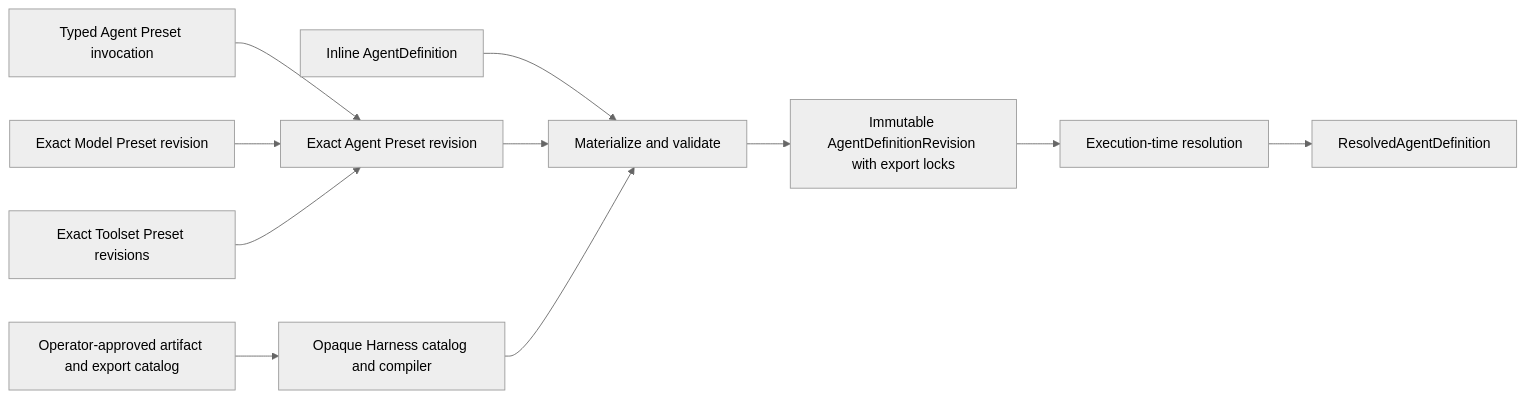
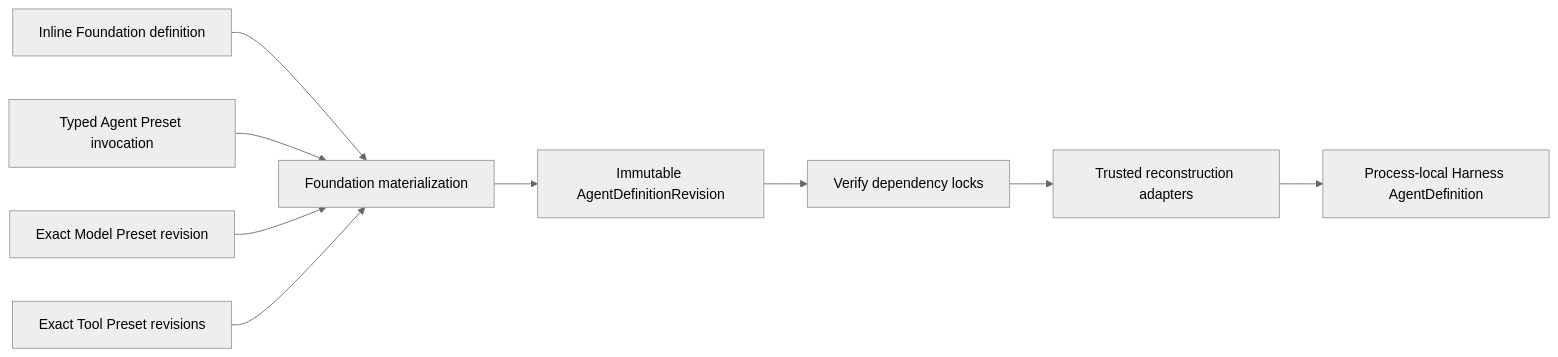
The first of 2 diagrams in spec/foundation-service/01-agent-definitions-and-presets.md (LTThreeComma/agent-foundation), drawn with Mermaid (neutral theme) before and after one commit. The commit also changed other lines of this file and 31 other files, not shown here.

````diff
--- a/spec/foundation-service/01-agent-definitions-and-presets.md
+++ b/spec/foundation-service/01-agent-definitions-and-presets.md
@@ -9,13 +11,11 @@
 ```mermaid
 flowchart LR
-    Inline[Inline AgentDefinition] --> Validate[Materialize and validate]
-    Invocation[Typed Agent Preset invocation] --> AgentPreset[Exact Agent Preset revision]
-    ModelPreset[Exact Model Preset revision] --> AgentPreset
-    ToolsetPreset[Exact Toolset Preset revisions] --> AgentPreset
-    AgentPreset --> Validate
-    Catalog[Operator-approved artifact and export catalog] --> Harness[Opaque Harness catalog and compiler]
-    Harness --> Validate
-    Validate --> Revision[Immutable AgentDefinitionRevision with export locks]
-    Revision --> Resolve[Execution-time resolution]
-    Resolve --> Build[ResolvedAgentDefinition]
+    Inline[Inline Foundation definition] --> Materialize[Foundation materialization]
+    Invocation[Typed Agent Preset invocation] --> Materialize
+    ModelPreset[Exact Model Preset revision] --> Materialize
+    ToolPreset[Exact Tool Preset revisions] --> Materialize
+    Materialize --> Revision[Immutable AgentDefinitionRevision]
+    Revision --> Verify[Verify dependency locks]
+    Verify --> Adapters[Trusted reconstruction adapters]
+    Adapters --> Harness[Process-local Harness AgentDefinition]
 ```
````
